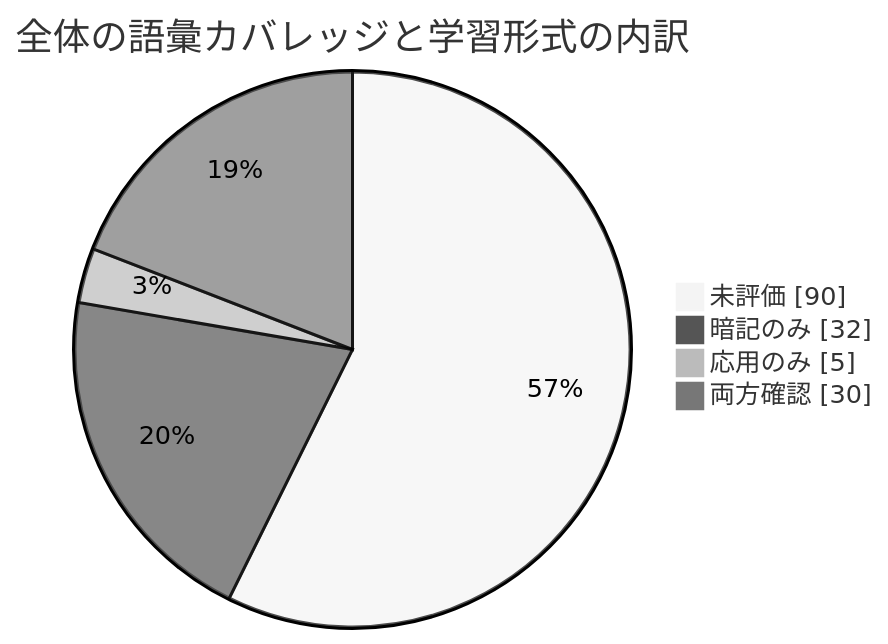
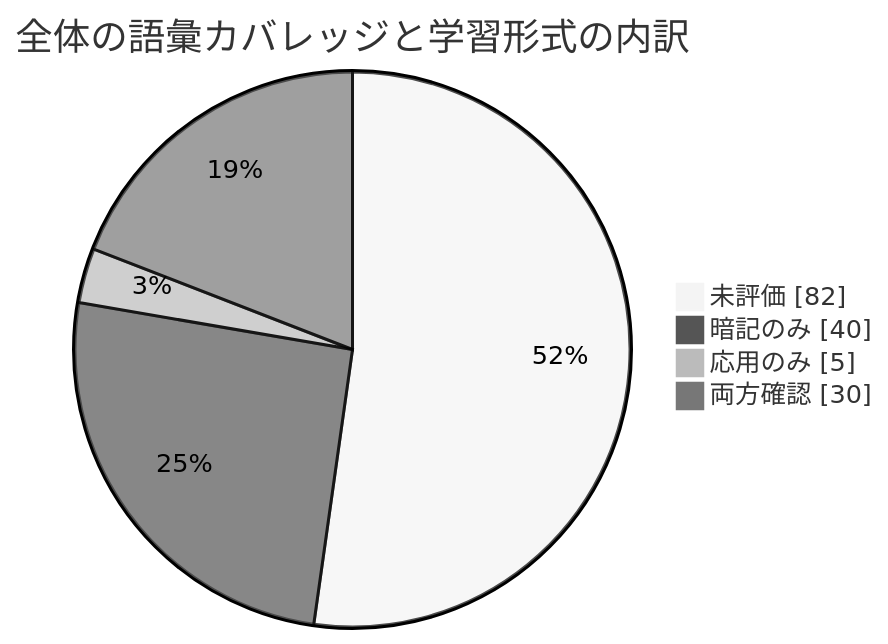
The diagram in 進捗/モチベ.md (ryusuke2003/security-specialist-study), drawn with Mermaid (neutral theme) before and after one commit. The commit also changed other lines of this file and 6 other files, not shown here.

````diff
--- a/進捗/モチベ.md
+++ b/進捗/モチベ.md
@@ -5,8 +5,8 @@
 ```mermaid
 pie showData
     title 全体の語彙カバレッジと学習形式の内訳
-    "未評価" : 90
-    "暗記のみ" : 32
+    "未評価" : 82
+    "暗記のみ" : 40
     "応用のみ" : 5
     "両方確認" : 30
 ```
````
